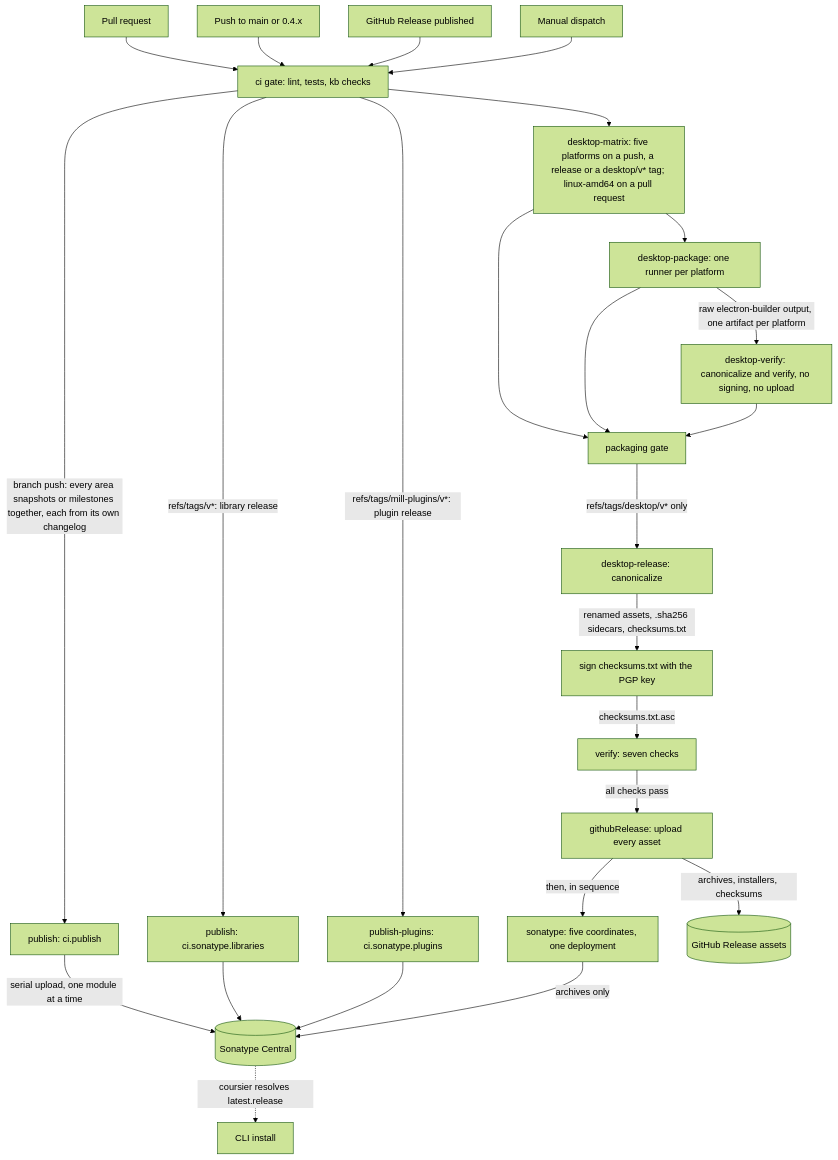
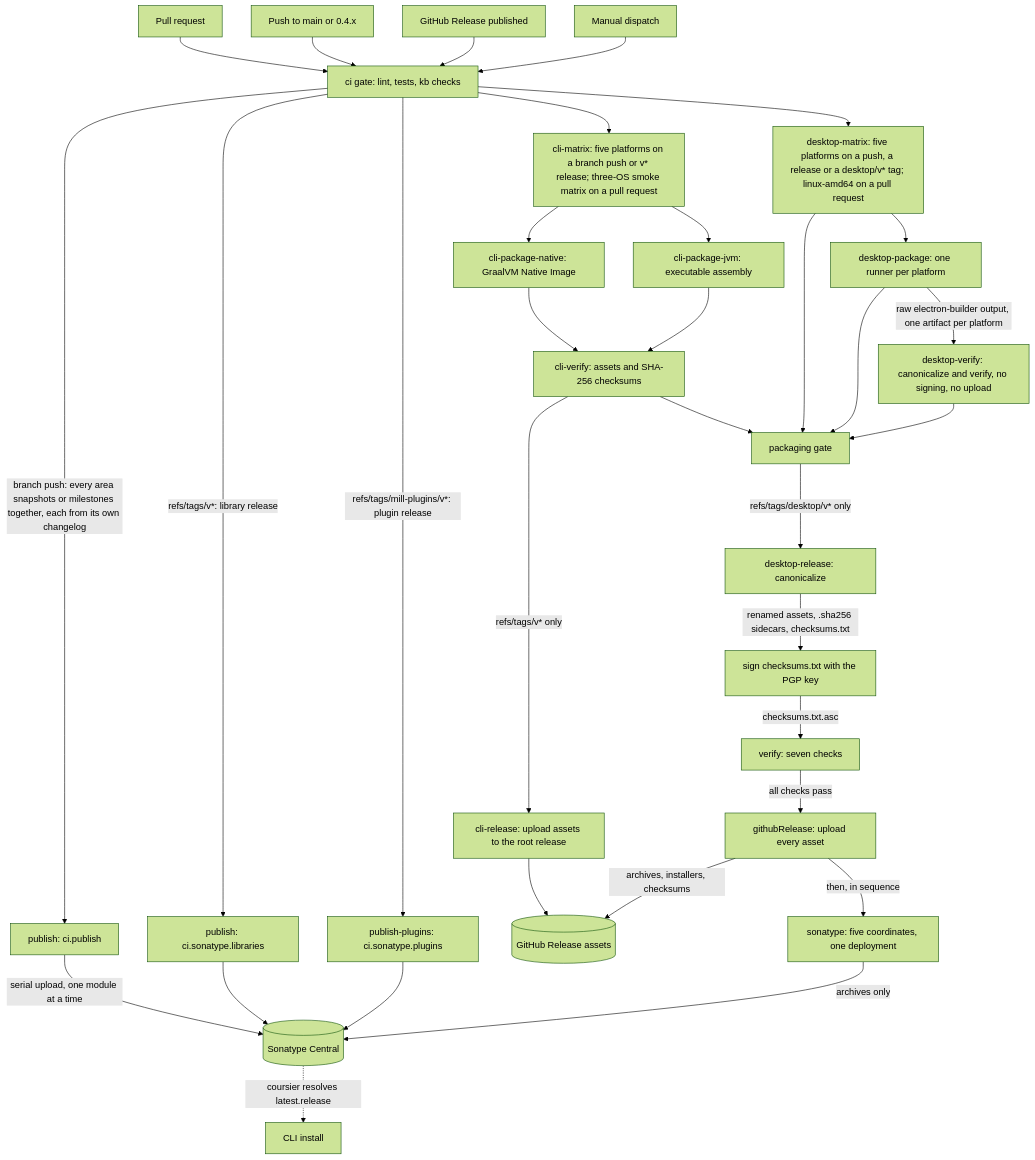
The diagram in kb/bundles/morphir/morphir-scala/packaging-and-release.md (finos/morphir-scala), drawn with Mermaid (forest theme) before and after one commit. The commit also changed other lines of this file and 14 other files, not shown here.

Commit message:
feat: publish CLI release packages

````diff
--- a/kb/bundles/morphir/morphir-scala/packaging-and-release.md
+++ b/kb/bundles/morphir/morphir-scala/packaging-and-release.md
@@ -33,31 +35,40 @@
 ```mermaid
 flowchart TD
     PR[Pull request] --> Gate[ci gate: lint, tests, kb checks]
     Push[Push to main or 0.4.x] --> Gate
     Rel[GitHub Release published] --> Gate
     Dispatch[Manual dispatch] --> Gate
 
     Gate -->|branch push: every area snapshots or milestones together, each from its own changelog| PublishAll[publish: ci.publish]
     Gate -->|refs/tags/v*: library release| PublishLib[publish: ci.sonatype.libraries]
     Gate -->|refs/tags/mill-plugins/v*: plugin release| PublishPlugins[publish-plugins: ci.sonatype.plugins]
     PublishAll -->|serial upload, one module at a time| Sonatype[(Sonatype Central)]
     PublishLib --> Sonatype
     PublishPlugins --> Sonatype
+
+    Gate --> CliMatrix[cli-matrix: five platforms on a branch push or v* release; three-OS smoke matrix on a pull request]
+    CliMatrix --> CliNative[cli-package-native: GraalVM Native Image]
+    CliMatrix --> CliJvm[cli-package-jvm: executable assembly]
+    CliNative --> CliVerify[cli-verify: assets and SHA-256 checksums]
+    CliJvm --> CliVerify
+    CliVerify --> Packaging
+    CliVerify -->|refs/tags/v* only| CliRelease[cli-release: upload assets to the root release]
+    CliRelease --> GhAssets
 
     Gate --> Matrix[desktop-matrix: five platforms on a push, a release or a desktop/v* tag; linux-amd64 on a pull request]
     Matrix --> Package[desktop-package: one runner per platform]
     Package -->|raw electron-builder output, one artifact per platform| CiVerify[desktop-verify: canonicalize and verify, no signing, no upload]
     Matrix --> Packaging[packaging gate]
     Package --> Packaging
     CiVerify --> Packaging
 
     Packaging -->|refs/tags/desktop/v* only| Canon[desktop-release: canonicalize]
     Canon -->|renamed assets, .sha256 sidecars, checksums.txt| Sign[sign checksums.txt with the PGP key]
     Sign -->|checksums.txt.asc| Verify[verify: seven checks]
     Verify -->|all checks pass| GhRelease[githubRelease: upload every asset]
     GhRelease -->|then, in sequence| DesktopSonatype[sonatype: five coordinates, one deployment]
     GhRelease -->|archives, installers, checksums| GhAssets[(GitHub Release assets)]
     DesktopSonatype -->|archives only| Sonatype
 
     Sonatype -.->|coursier resolves latest.release| Cli[CLI install]
 ```
````
